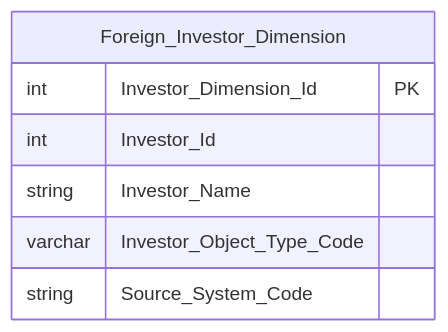
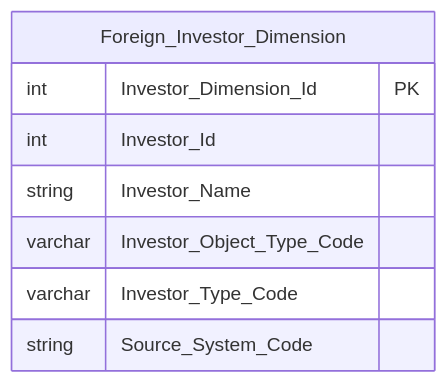
Before and after one commit to linhlvit/ubck_atomic_design: diagram 18 of 26 in Datamart/hld/DTM_NDTNN_HLD.md, drawn with Mermaid. The commit also changed other lines of this file and 12 other files, not shown here.

````diff
--- a/Datamart/hld/DTM_NDTNN_HLD.md
+++ b/Datamart/hld/DTM_NDTNN_HLD.md
@@ -932,10 +932,11 @@
 ```mermaid
 erDiagram
     Foreign_Investor_Dimension {
         int Investor_Dimension_Id PK
         int Investor_Id
         string Investor_Name
         varchar Investor_Object_Type_Code
+        varchar Investor_Type_Code
         string Source_System_Code
     }
 ```
````
